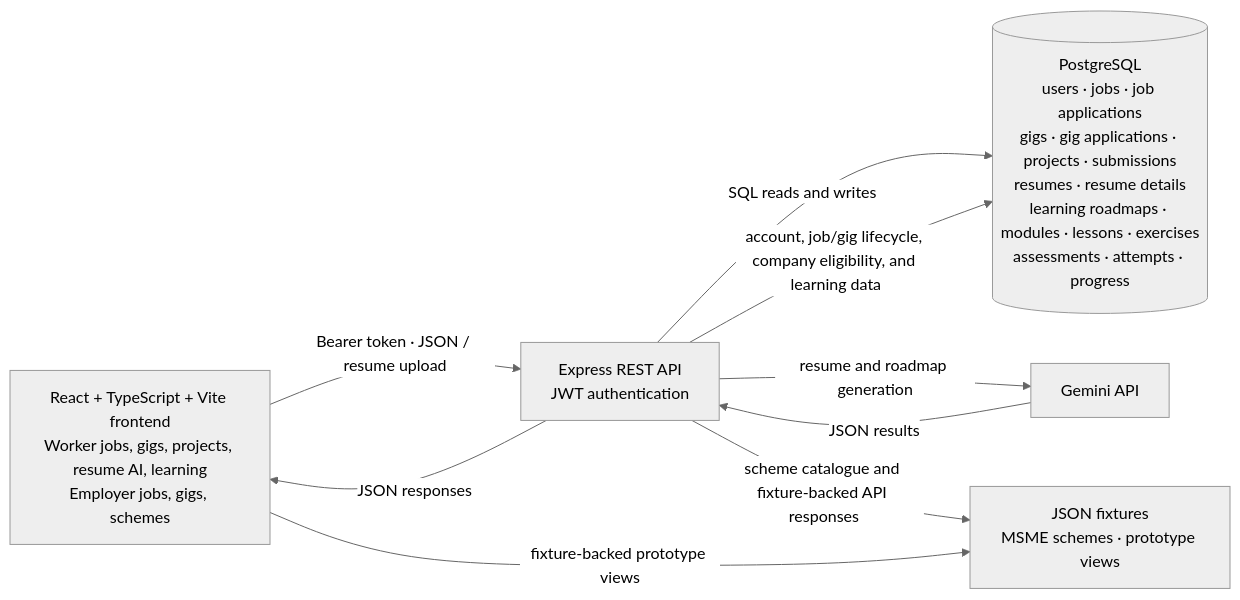
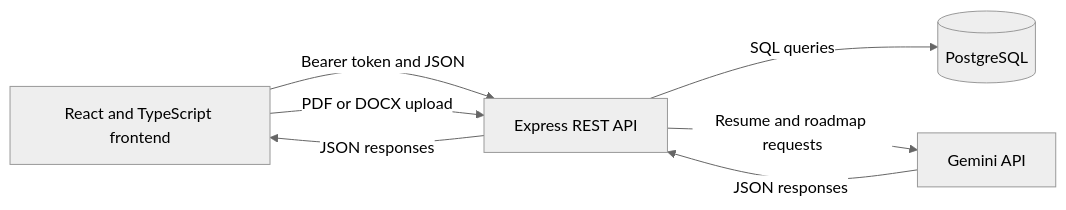
The diagram in README.md (NishiNincia/CareerCrafts), drawn with Mermaid (neutral theme) before and after one commit. The commit also changed other lines of this file and 2 other files, not shown here.

````diff
--- a/README.md
+++ b/README.md
@@ -17,16 +40,14 @@
 ```mermaid
 flowchart LR
-    Browser["React + TypeScript + Vite frontend<br/>Worker jobs, gigs, projects, resume AI, learning<br/>Employer jobs, gigs, schemes"]
-    API["Express REST API<br/>JWT authentication"]
-    DB[("PostgreSQL<br/>users · jobs · job applications<br/>gigs · gig applications · projects · submissions<br/>resumes · resume details<br/>learning roadmaps · modules · lessons · exercises<br/>assessments · attempts · progress")]
-    AI["Gemini API"]
-    Fixtures["JSON fixtures<br/>MSME schemes · prototype views"]
-    Browser -->|"Bearer token · JSON / resume upload"| API
-    API -->|"SQL reads and writes"| DB
-    API -->|"resume and roadmap generation"| AI
-    AI -->|"JSON results"| API
-    API -->|"account, job/gig lifecycle, company eligibility, and learning data"| DB
-    API -->|"scheme catalogue and fixture-backed API responses"| Fixtures
-    Browser -->|"fixture-backed prototype views"| Fixtures
+    Browser["React and TypeScript frontend"]
+    API["Express REST API"]
+    DB[("PostgreSQL")]
+    Gemini["Gemini API"]
+
+    Browser -->|"Bearer token and JSON"| API
+    Browser -->|"PDF or DOCX upload"| API
+    API -->|"SQL queries"| DB
+    API -->|"Resume and roadmap requests"| Gemini
+    Gemini -->|"JSON responses"| API
     API -->|"JSON responses"| Browser
 ```
````
